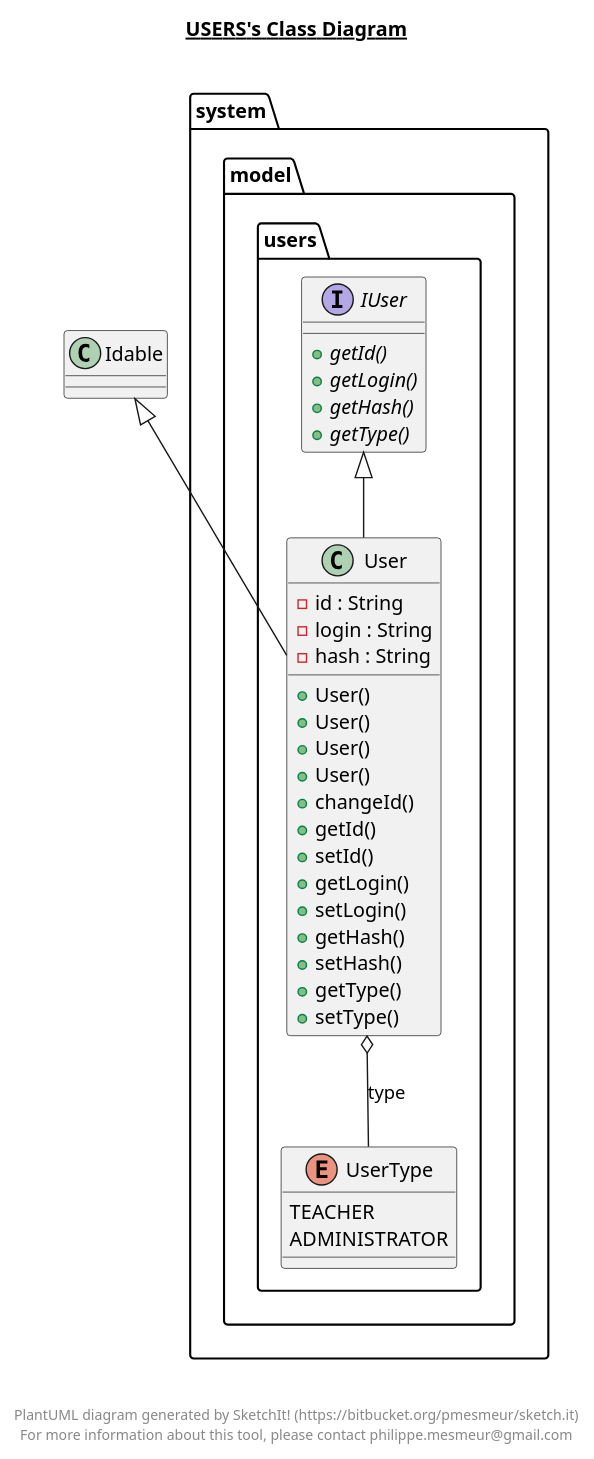
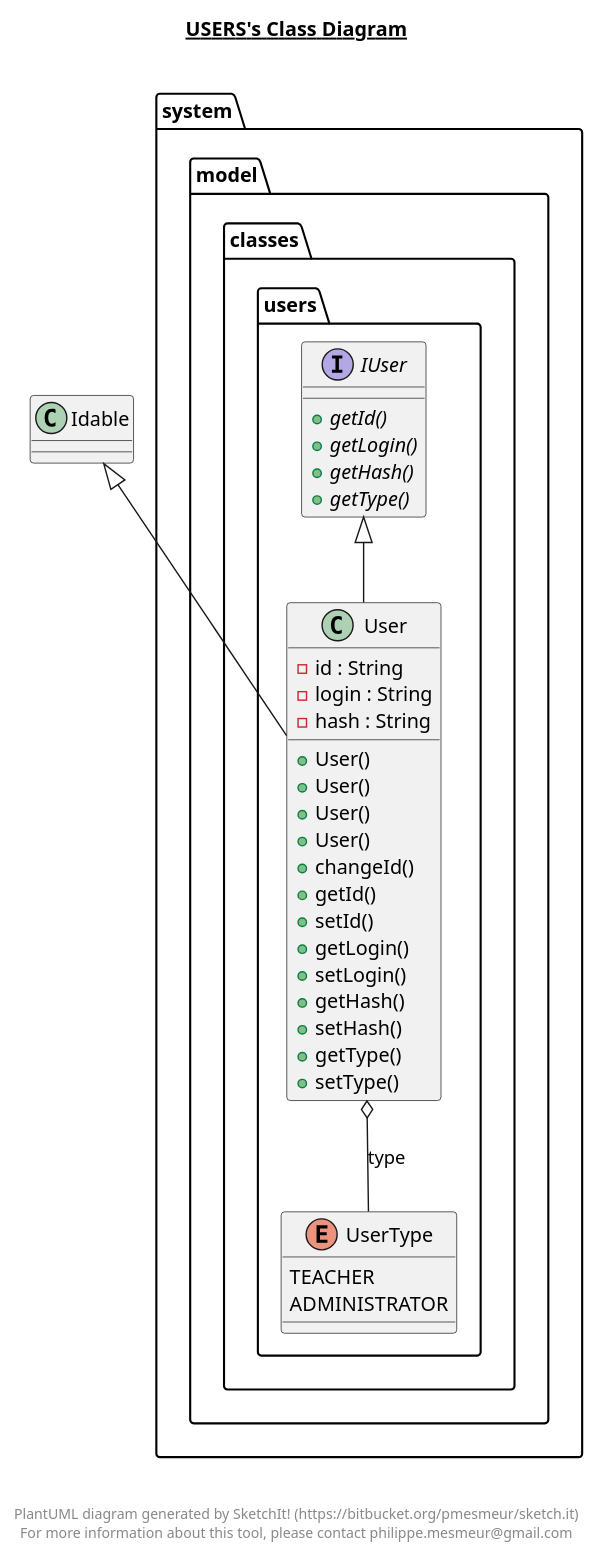
Before and after one commit to berl-a/DiplomaBackend: the diagram in src/main/java/system/model/users/users.plantuml, drawn with PlantUML. The commit also changed 514 other files, not shown here.

```diff
--- a/src/main/java/system/model/users/users.plantuml
+++ b/src/main/java/system/model/users/users.plantuml
@@ -1,63 +1,69 @@
 @startuml
 
 title __USERS's Class Diagram__\n
 
   package system.model {
-    package system.model.users {
-      interface IUser {
-          {abstract} + getId()
-          {abstract} + getLogin()
-          {abstract} + getHash()
-          {abstract} + getType()
+    package system.model.classes {
+      package system.model.classes.users {
+        interface IUser {
+            {abstract} + getId()
+            {abstract} + getLogin()
+            {abstract} + getHash()
+            {abstract} + getType()
+        }
       }
     }
   }
   
 
   package system.model {
-    package system.model.users {
-      class User {
-          - id : String
-          - login : String
-          - hash : String
-          + User()
-          + User()
-          + User()
-          + User()
-          + changeId()
-          + getId()
-          + setId()
-          + getLogin()
-          + setLogin()
-          + getHash()
-          + setHash()
-          + getType()
-          + setType()
+    package system.model.classes {
+      package system.model.classes.users {
+        class User {
+            - id : String
+            - login : String
+            - hash : String
+            + User()
+            + User()
+            + User()
+            + User()
+            + changeId()
+            + getId()
+            + setId()
+            + getLogin()
+            + setLogin()
+            + getHash()
+            + setHash()
+            + getType()
+            + setType()
+        }
       }
     }
   }
   
 
   package system.model {
-    package system.model.users {
-      enum UserType {
-        TEACHER
-        ADMINISTRATOR
+    package system.model.classes {
+      package system.model.classes.users {
+        enum UserType {
+          TEACHER
+          ADMINISTRATOR
+        }
       }
     }
   }
   
 
   User -up-|> IUser
   User -up-|> Idable
   User o-- UserType : type
 
 
 right footer
 
 
 PlantUML diagram generated by SketchIt! (https://bitbucket.org/pmesmeur/sketch.it)
 For more information about this tool, please contact philippe.mesmeur@gmail.com
 endfooter
 
 @enduml
```
